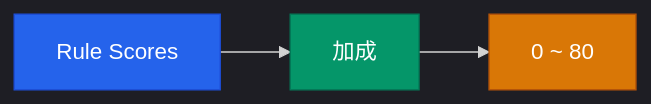
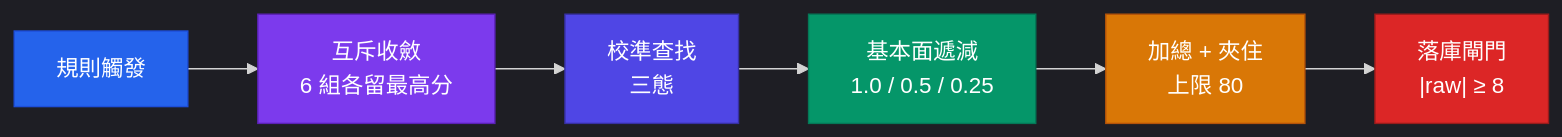
The second of 2 diagrams in docs/RULE_ENGINE.md (Neal75418/daredevil), drawn with Mermaid before and after one commit. The commit also changed other lines of this file and 4 other files, not shown here.

````diff
--- a/docs/RULE_ENGINE.md
+++ b/docs/RULE_ENGINE.md
@@ -201,10 +241,16 @@
 ```mermaid
 %%{init: {'theme': 'dark'}}%%
 flowchart LR
-    Rules["Rule Scores"] --> Bonus["加成"]
-    Bonus --> Cap["0 ~ 80"]
+    Fire["規則觸發"] --> Mutex["互斥收斂<br/>6 組各留最高分"]
+    Mutex --> Lookup["校準查找<br/>三態"]
+    Lookup --> Decay["基本面遞減<br/>1.0 / 0.5 / 0.25"]
+    Decay --> Sum["加總 + 夾住<br/>上限 80"]
+    Sum --> Gate["落庫閘門<br/>|raw| ≥ 8"]
 
-    style Rules fill:#2563EB,color:#fff,stroke:#1D4ED8
-    style Bonus fill:#059669,color:#fff,stroke:#047857
-    style Cap fill:#D97706,color:#fff,stroke:#B45309
+    style Fire fill:#2563EB,color:#fff,stroke:#1D4ED8
+    style Mutex fill:#7C3AED,color:#fff,stroke:#5B21B6
+    style Lookup fill:#4F46E5,color:#fff,stroke:#3730A3
+    style Decay fill:#059669,color:#fff,stroke:#047857
+    style Sum fill:#D97706,color:#fff,stroke:#B45309
+    style Gate fill:#DC2626,color:#fff,stroke:#991B1B
 ```
````
